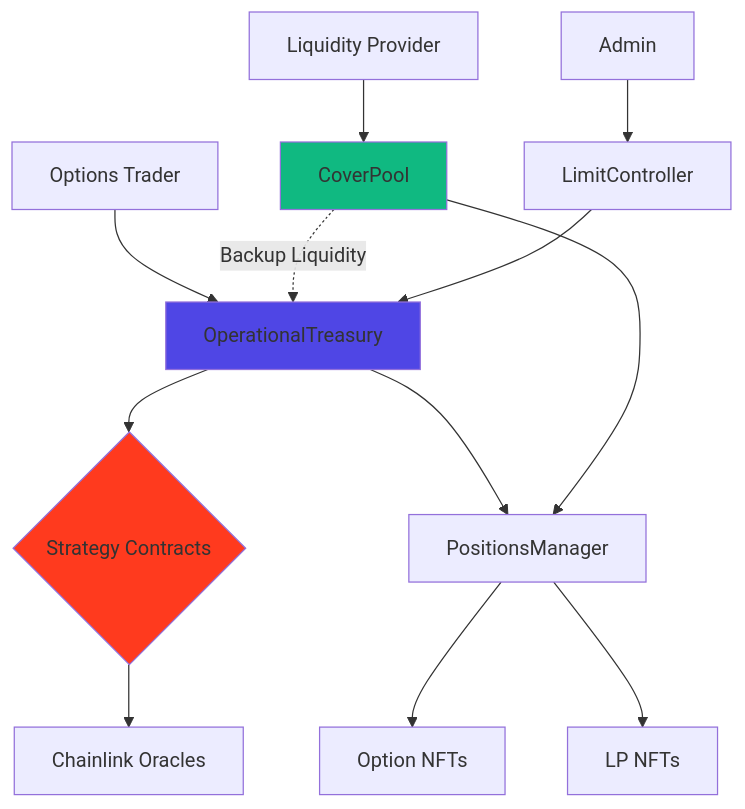
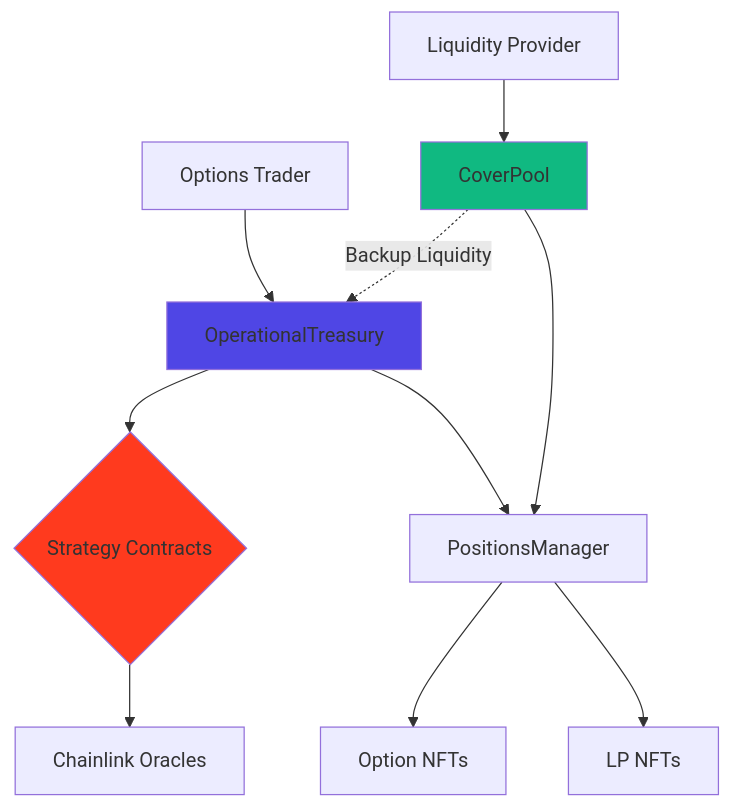
Before and after one commit to Mega-Fi/megafi-docs: the diagram in landing/docs/hedge/architecture.md, drawn with Mermaid. The commit also changed other lines of this file and 20 other files, not shown here.

````diff
--- a/landing/docs/hedge/architecture.md
+++ b/landing/docs/hedge/architecture.md
@@ -16,20 +16,18 @@
 ```mermaid
 graph TD
     A[Options Trader] --> B[OperationalTreasury]
     B --> C{Strategy Contracts}
     C --> D[Chainlink Oracles]
     B --> E[PositionsManager]
     E --> F[Option NFTs]
     
     G[Liquidity Provider] --> H[CoverPool]
     H -.Backup Liquidity.-> B
     H --> E
     E --> I[LP NFTs]
     
-    J[Admin] --> K[LimitController]
-    K --> B
     
     style B fill:#4F46E5
     style H fill:#10B981
     style C fill:#FF3A1E
 ```
````
